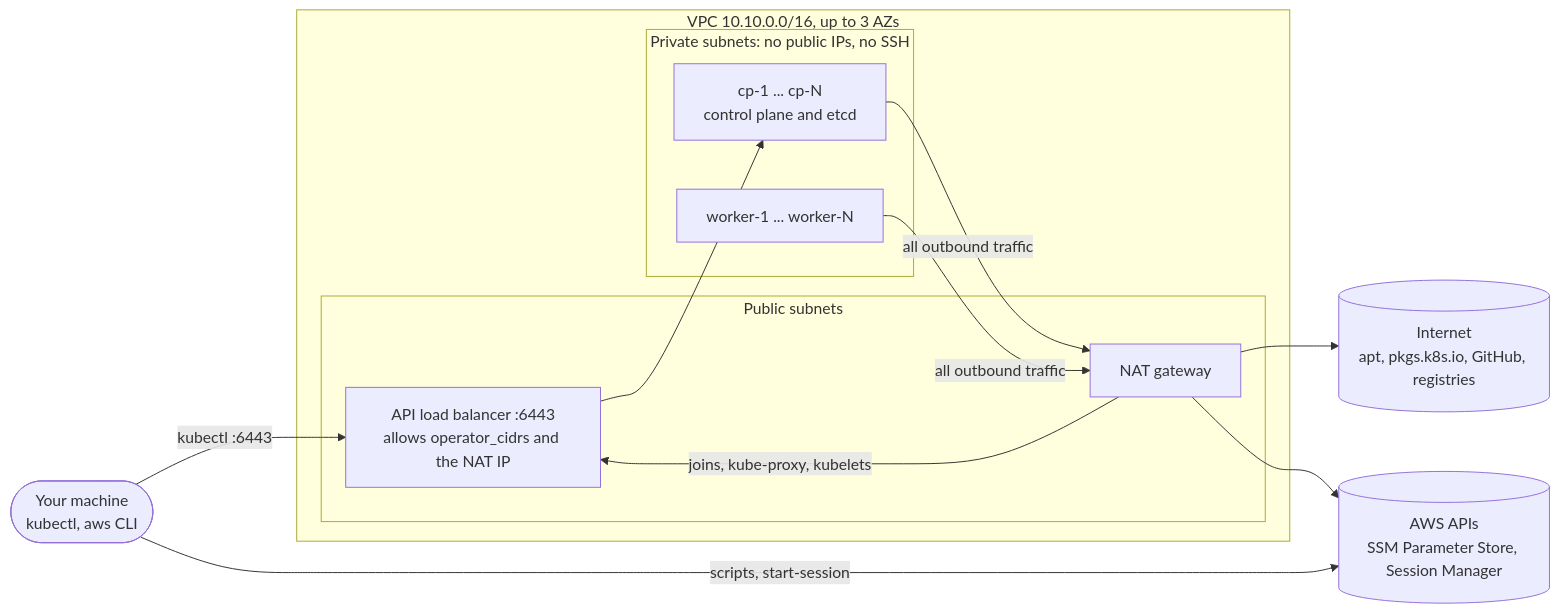
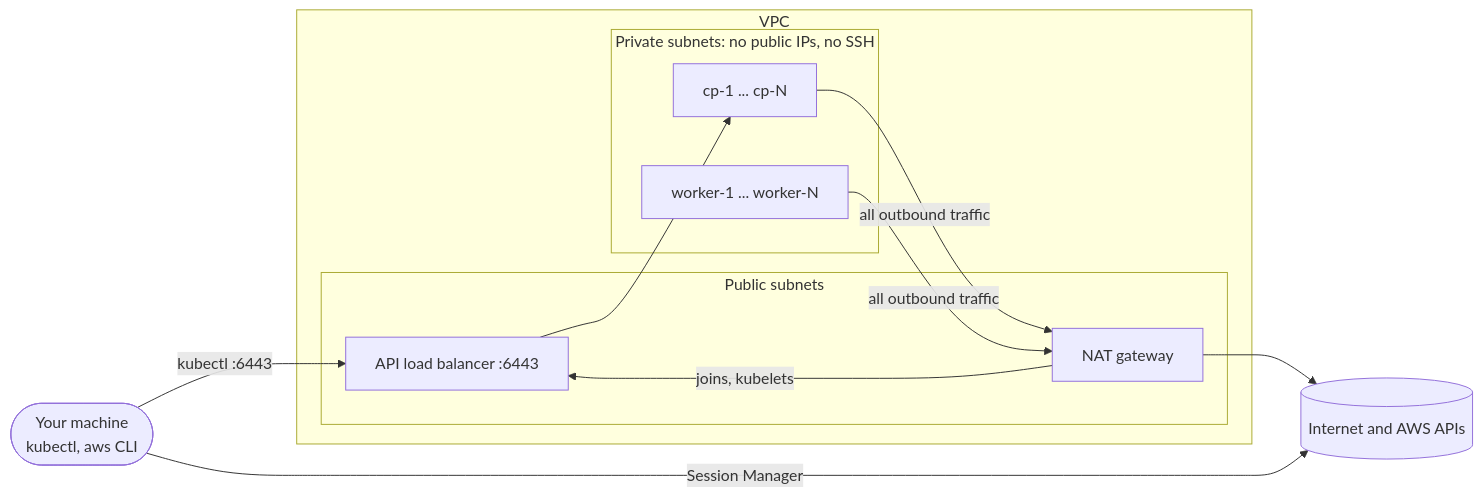
Before and after one commit to mauriciomem/kubeadm-cluster-aws: the first of 2 diagrams in docs/architecture.md, drawn with Mermaid. The commit also changed other lines of this file and 10 other files, not shown here.

````diff
--- a/docs/architecture.md
+++ b/docs/architecture.md
@@ -9,23 +8,20 @@
 ```mermaid
 flowchart LR
   you([Your machine<br/>kubectl, aws CLI])
-  subgraph vpc [VPC 10.10.0.0/16, up to 3 AZs]
+  subgraph vpc [VPC]
     subgraph pub [Public subnets]
-      nlb[API load balancer :6443<br/>allows operator_cidrs and the NAT IP]
+      nlb[API load balancer :6443]
       nat[NAT gateway]
     end
     subgraph priv [Private subnets: no public IPs, no SSH]
-      cp[cp-1 ... cp-N<br/>control plane and etcd]
+      cp[cp-1 ... cp-N]
       w[worker-1 ... worker-N]
     end
   end
-  inet[(Internet<br/>apt, pkgs.k8s.io, GitHub, registries)]
-  ssm[(AWS APIs<br/>SSM Parameter Store, Session Manager)]
+  inet[(Internet and AWS APIs)]
 
   you -- "kubectl :6443" --> nlb --> cp
-  cp & w -- "all outbound traffic" --> nat
-  nat --> inet
-  nat --> ssm
-  nat -- "joins, kube-proxy, kubelets" --> nlb
-  you -- "scripts, start-session" --> ssm
+  cp & w -- "all outbound traffic" --> nat --> inet
+  nat -- "joins, kubelets" --> nlb
+  you -- "Session Manager" --> inet
 ```
````
